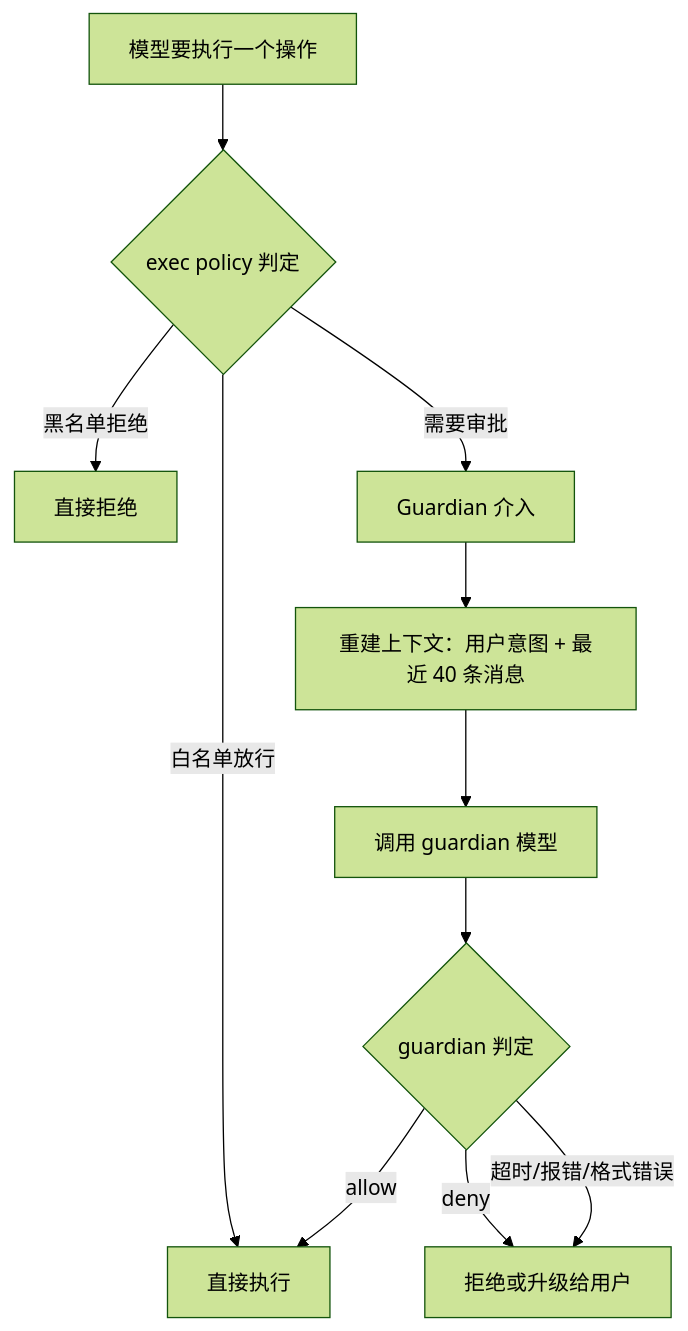
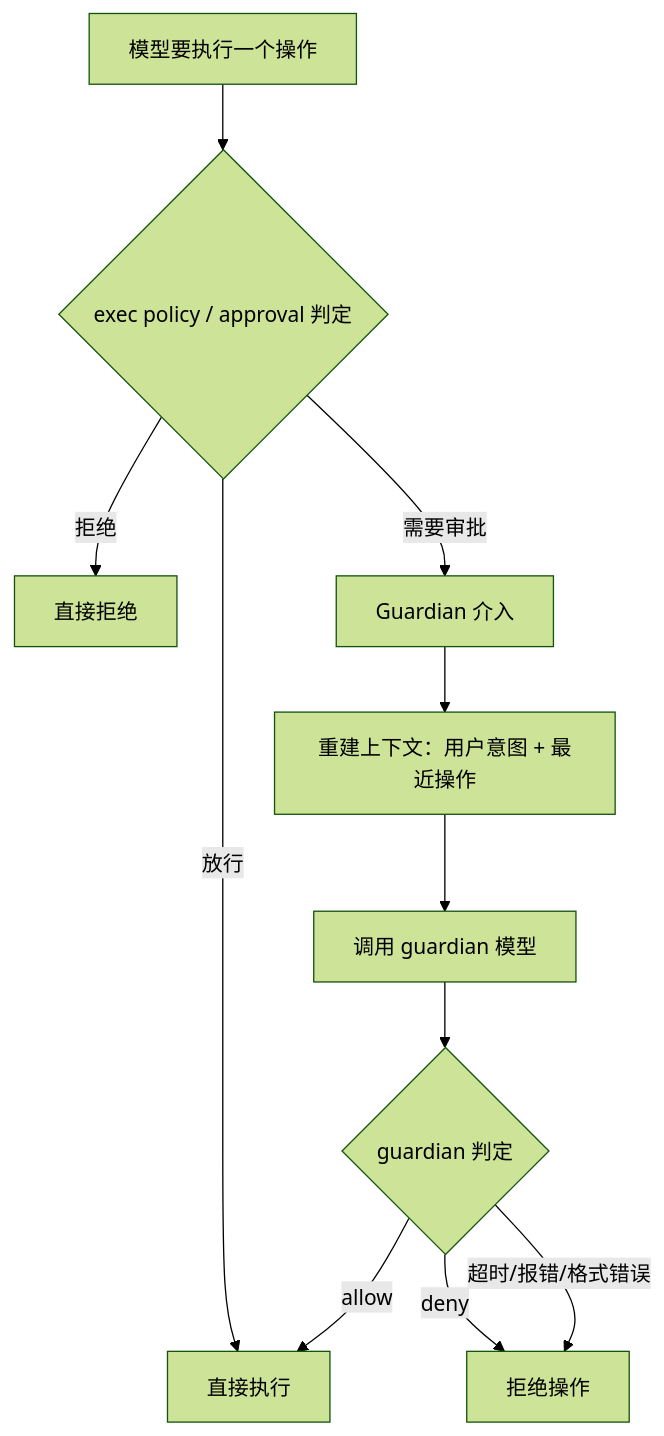
One commit to luochang212/codex-notebook changed the diagram in website/docs/ch09-guardian.mdx. Above: the diagram before and after it, drawn with Mermaid (forest theme). The commit also changed other lines of this file and 14 other files, not shown here.

````diff
--- a/website/docs/ch09-guardian.mdx
+++ b/website/docs/ch09-guardian.mdx
@@ -19,13 +19,13 @@
 ```mermaid
 flowchart TD
-    A["模型要执行一个操作"] --> B{"exec policy 判定"}
-    B -->|"白名单放行"| C["直接执行"]
-    B -->|"黑名单拒绝"| D["直接拒绝"]
+    A["模型要执行一个操作"] --> B{"exec policy / approval 判定"}
+    B -->|"放行"| C["直接执行"]
+    B -->|"拒绝"| D["直接拒绝"]
     B -->|"需要审批"| E["Guardian 介入"]
-    E --> F["重建上下文：用户意图 + 最近 40 条消息"]
+    E --> F["重建上下文：用户意图 + 最近操作"]
     F --> G["调用 guardian 模型"]
     G --> H{"guardian 判定"}
     H -->|allow| C
-    H -->|deny| I["拒绝或升级给用户"]
+    H -->|deny| I["拒绝操作"]
     H -->|"超时/报错/格式错误"| I
 ```
````
